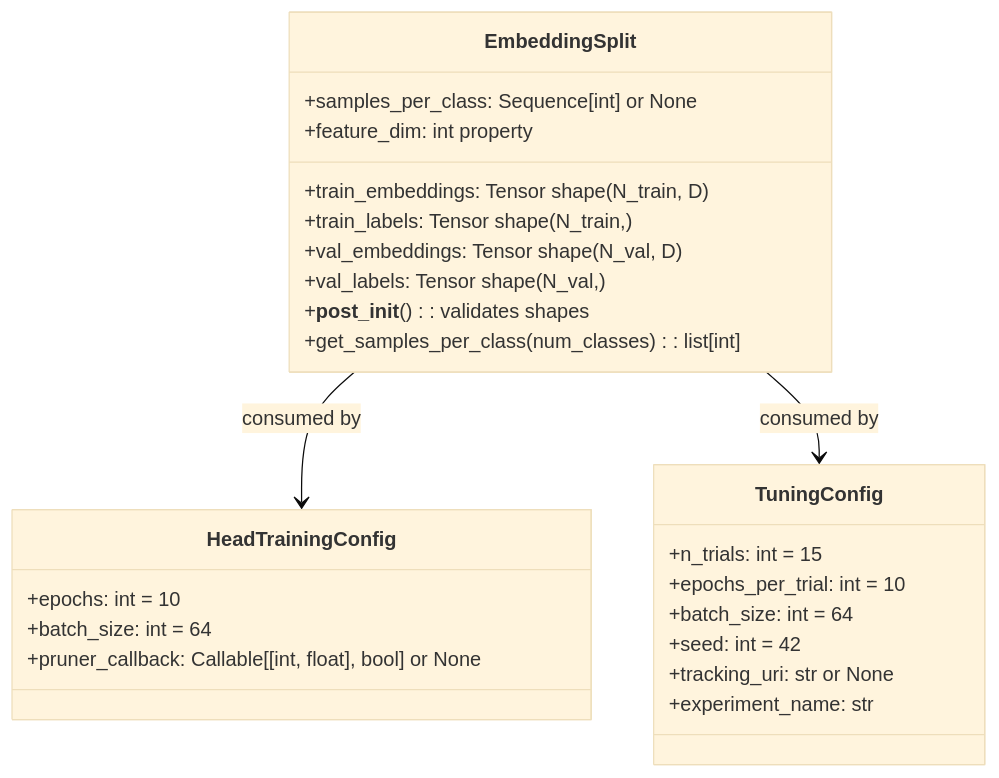
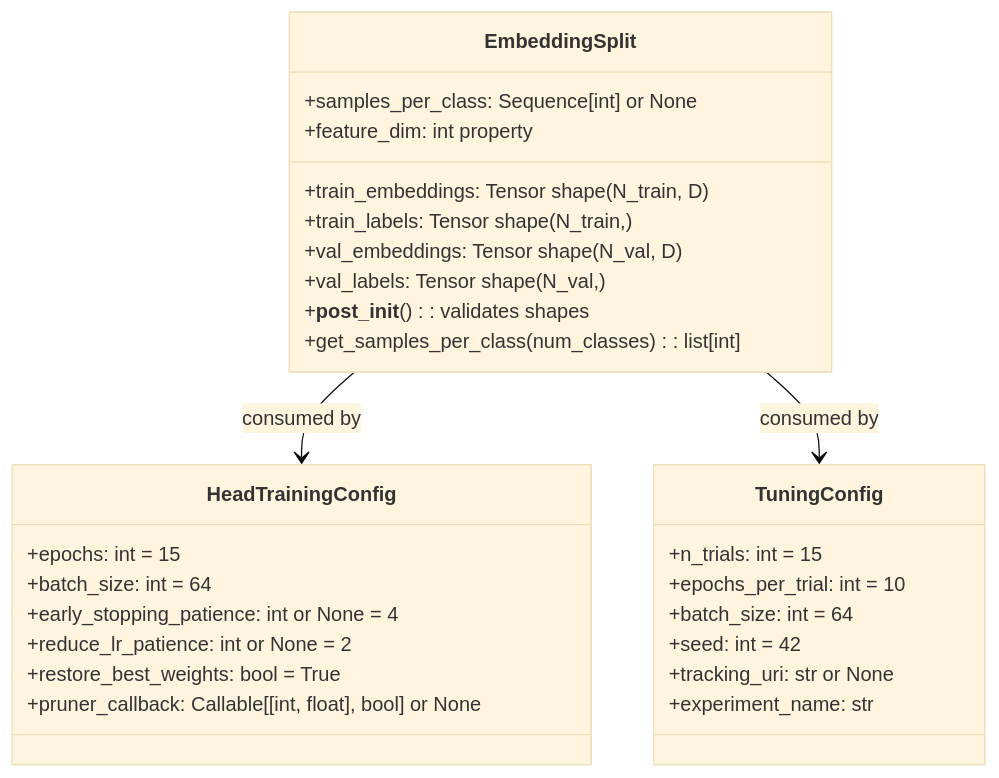
The third of 3 diagrams in docs/model_engineering/training_pipeline.md (foersben/taxon-vision-mlops), drawn with Mermaid (base theme) before and after one commit. The commit also changed other lines of this file and 3 other files, not shown here.

````diff
--- a/docs/model_engineering/training_pipeline.md
+++ b/docs/model_engineering/training_pipeline.md
@@ -174,28 +206,31 @@
 ```mermaid
 classDiagram
     class EmbeddingSplit {
         +train_embeddings: Tensor  shape(N_train, D)
         +train_labels: Tensor  shape(N_train,)
         +val_embeddings: Tensor  shape(N_val, D)
         +val_labels: Tensor  shape(N_val,)
         +samples_per_class: Sequence[int] or None
         +feature_dim: int  property
         +__post_init__(): validates shapes
         +get_samples_per_class(num_classes): list[int]
     }
     class HeadTrainingConfig {
-        +epochs: int = 10
+        +epochs: int = 15
         +batch_size: int = 64
+        +early_stopping_patience: int or None = 4
+        +reduce_lr_patience: int or None = 2
+        +restore_best_weights: bool = True
         +pruner_callback: Callable[[int, float], bool] or None
     }
     class TuningConfig {
         +n_trials: int = 15
         +epochs_per_trial: int = 10
         +batch_size: int = 64
         +seed: int = 42
         +tracking_uri: str or None
         +experiment_name: str
     }
     EmbeddingSplit --> HeadTrainingConfig : consumed by
     EmbeddingSplit --> TuningConfig : consumed by
 ```
````
